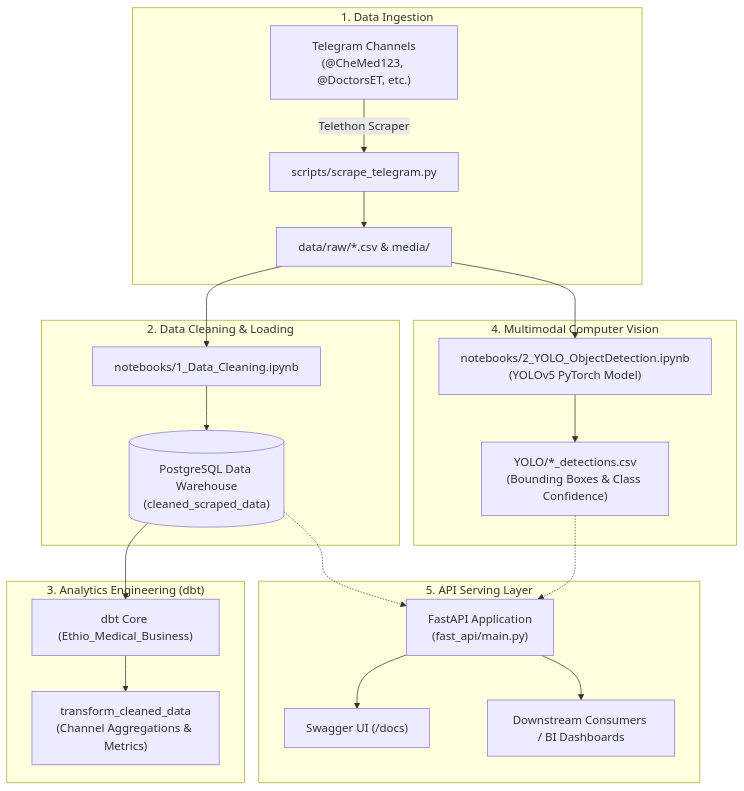
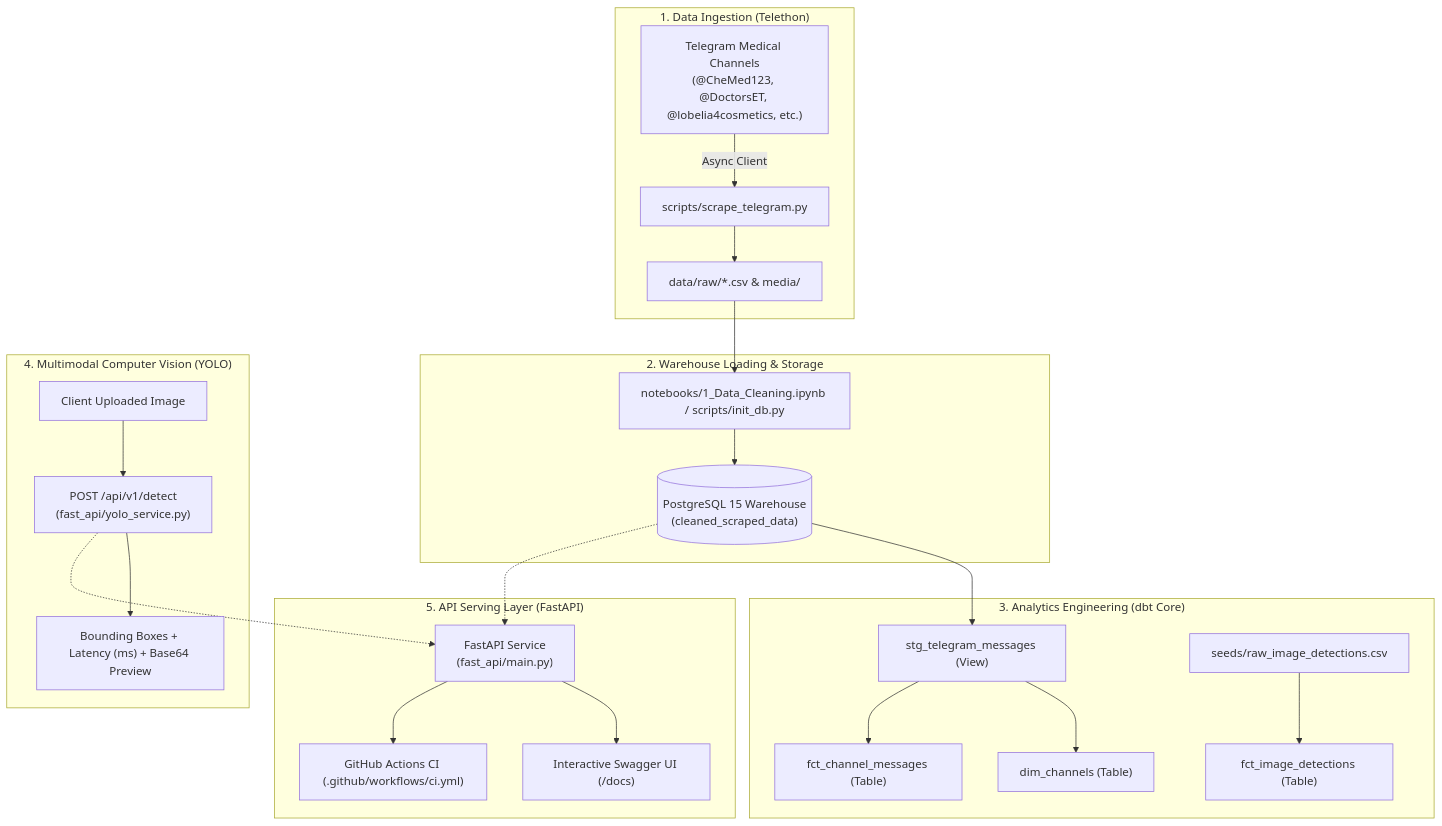
The diagram in README.md (Seife1/Data-Warehouse-and-Object-Detection), drawn with Mermaid before and after one commit. The commit also changed other lines of this file, not shown here.

Commit message:
docs: finalize comprehensive README with Docker quickstart, live vision inference curl demos, and star-schema specs

````diff
--- a/README.md
+++ b/README.md
@@ -18,29 +21,31 @@
 ```mermaid
 flowchart TD
-    subgraph Ingestion ["1. Data Ingestion"]
-        TG["Telegram Channels<br/>(@CheMed123, @DoctorsET, etc.)"] -->|Telethon Scraper| SCR["scripts/scrape_telegram.py"]
-        SCR --> RAW_CSV["data/raw/*.csv & media/"]
+    subgraph Ingestion ["1. Data Ingestion (Telethon)"]
+        TG["Telegram Medical Channels<br/>(@CheMed123, @DoctorsET, @lobelia4cosmetics, etc.)"] -->|Async Client| SCR["scripts/scrape_telegram.py"]
+        SCR --> RAW["data/raw/*.csv & media/"]
     end
 
-    subgraph Cleaning ["2. Data Cleaning & Loading"]
-        RAW_CSV --> NB_CLEAN["notebooks/1_Data_Cleaning.ipynb"]
-        NB_CLEAN --> PG[("PostgreSQL Data Warehouse<br/>(cleaned_scraped_data)")]
+    subgraph Lakehouse ["2. Warehouse Loading & Storage"]
+        RAW --> CLEAN["notebooks/1_Data_Cleaning.ipynb / scripts/init_db.py"]
+        CLEAN --> PG[("PostgreSQL 15 Warehouse<br/>(cleaned_scraped_data)")]
     end
 
-    subgraph Modeling ["3. Analytics Engineering (dbt)"]
-        PG --> DBT["dbt Core (Ethio_Medical_Business)"]
-        DBT --> DBT_TRANS["transform_cleaned_data<br/>(Channel Aggregations & Metrics)"]
+    subgraph Analytics ["3. Analytics Engineering (dbt Core)"]
+        PG --> STG["stg_telegram_messages (View)"]
+        STG --> DIM_CH["dim_channels (Table)"]
+        STG --> FCT_MSG["fct_channel_messages (Table)"]
+        SEEDS["seeds/raw_image_detections.csv"] --> FCT_DET["fct_image_detections (Table)"]
     end
 
-    subgraph Vision ["4. Multimodal Computer Vision"]
-        RAW_CSV --> YOLO["notebooks/2_YOLO_ObjectDetection.ipynb<br/>(YOLOv5 PyTorch Model)"]
-        YOLO --> DET_CSV["YOLO/*_detections.csv<br/>(Bounding Boxes & Class Confidence)"]
+    subgraph Vision ["4. Multimodal Computer Vision (YOLO)"]
+        CLIENT_IMG["Client Uploaded Image"] --> LIVE_INF["POST /api/v1/detect<br/>(fast_api/yolo_service.py)"]
+        LIVE_INF --> BOXES["Bounding Boxes + Latency (ms) + Base64 Preview"]
     end
 
-    subgraph Serving ["5. API Serving Layer"]
-        PG -.-> API["FastAPI Application<br/>(fast_api/main.py)"]
-        DET_CSV -.-> API
-        API --> DOCS["Swagger UI (/docs)"]
-        API --> CLIENTS["Downstream Consumers / BI Dashboards"]
+    subgraph Serving ["5. API Serving Layer (FastAPI)"]
+        PG -.-> API["FastAPI Service<br/>(fast_api/main.py)"]
+        LIVE_INF -.-> API
+        API --> SWAGGER["Interactive Swagger UI (/docs)"]
+        API --> CI["GitHub Actions CI (.github/workflows/ci.yml)"]
     end
 ```
````
